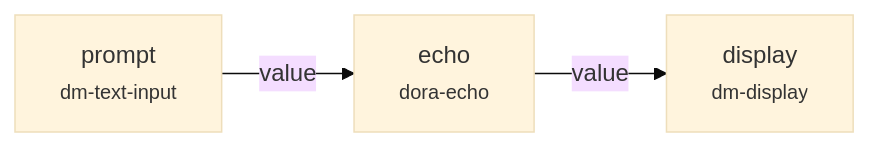
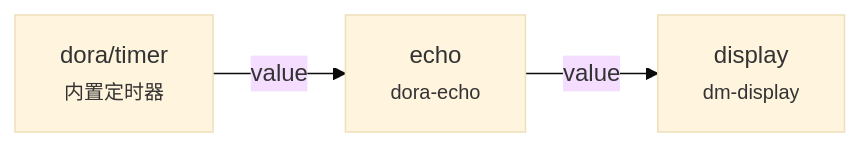
The first of 7 diagrams in wiki/zh/05-dataflow-concept.md (l1veIn/dora-manager), drawn with Mermaid (base theme) before and after one commit. The commit also changed other lines of this file and 99 other files, not shown here.

````diff
--- a/wiki/zh/05-dataflow-concept.md
+++ b/wiki/zh/05-dataflow-concept.md
@@ -11,5 +11,5 @@
 ```mermaid
 graph LR
-    A["prompt<br/><small>dm-text-input</small>"] -->|"value"| B["echo<br/><small>dora-echo</small>"]
-    B -->|"value"| C["display<br/><small>dm-display</small>"]
+    T["dora/timer<br/><small>内置定时器</small>"] -->|"value"| A["echo<br/><small>dora-echo</small>"]
+    A -->|"value"| B["display<br/><small>dm-display</small>"]
 ```
````
